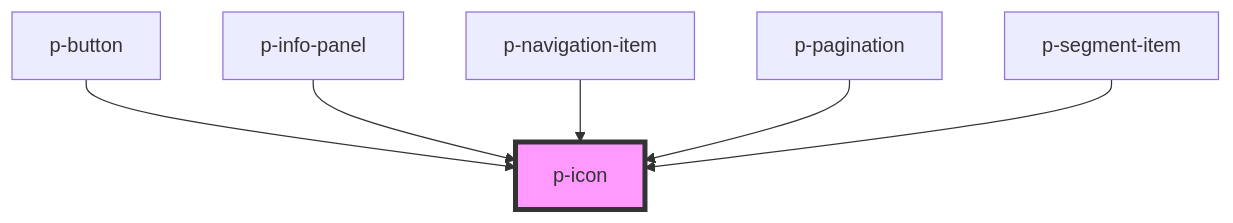
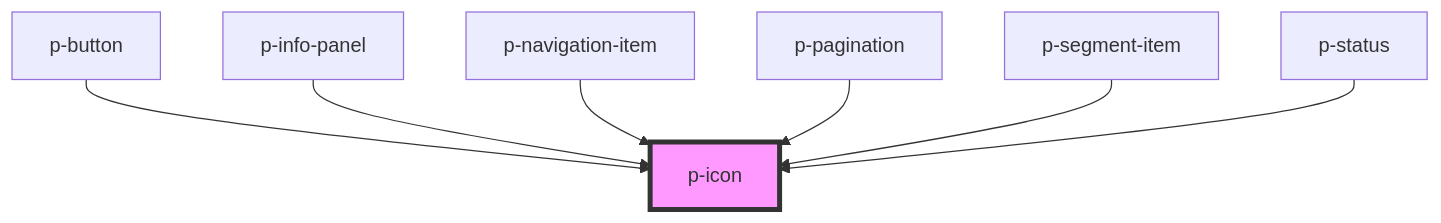
The diagram in packages/core/src/components/atoms/icon/readme.md (Employes/paperless), drawn with Mermaid before and after one commit. The commit also changed other lines of this file and 10 other files, not shown here.

````diff
--- a/packages/core/src/components/atoms/icon/readme.md
+++ b/packages/core/src/components/atoms/icon/readme.md
@@ -33,9 +34,10 @@
 ```mermaid
 graph TD;
   p-button --> p-icon
   p-info-panel --> p-icon
   p-navigation-item --> p-icon
   p-pagination --> p-icon
   p-segment-item --> p-icon
+  p-status --> p-icon
   style p-icon fill:#f9f,stroke:#333,stroke-width:4px
 ```
````
